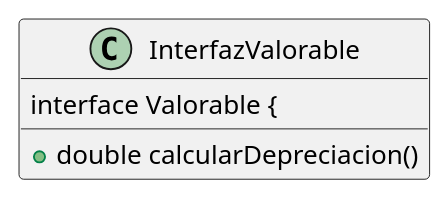
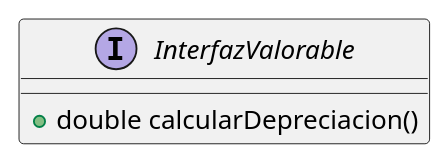
The diagram in uml/InterfazValorable.puml (AndyMMtnz/UT5_ED_Prog), drawn with PlantUML before and after one commit. The commit also changed 1 other file, not shown here.

Commit message:
Arreglos del diagrama completo
Representación de relaciones faltantes. Pequños arreglos y fallos de nomenclatura que no permitían mostrar bien la relación entre el enum NivelConfort y la interza con Vehiculo

```diff
--- a/uml/InterfazValorable.puml
+++ b/uml/InterfazValorable.puml
@@ -1,6 +1,5 @@
 @startuml
-class InterfazValorable {
-interface Valorable {
+interface InterfazValorable {
 +double calcularDepreciacion()
 }
 @enduml
```
